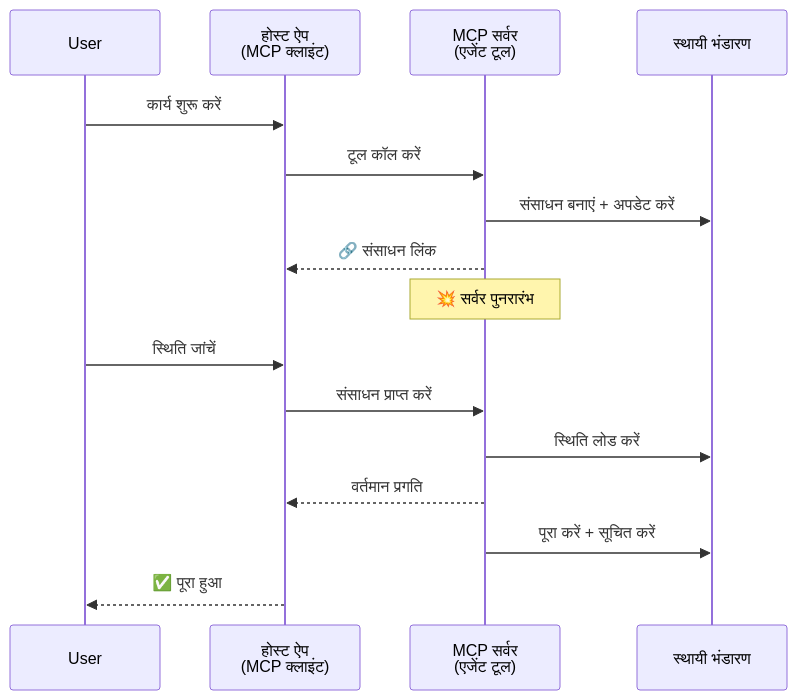
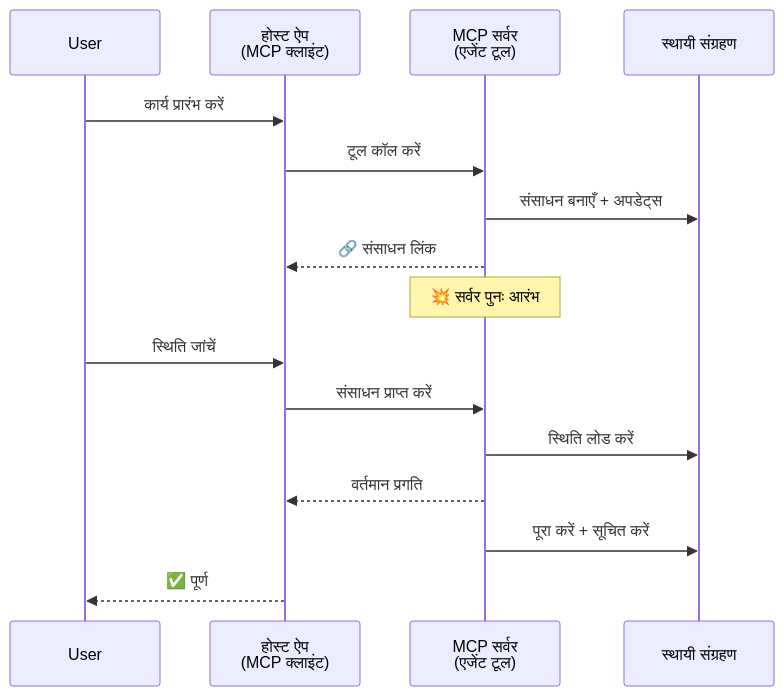
The third of 5 diagrams in mirrors/repos/microsoft@ai-agents-for-beginners/translations/hi/11-agentic-protocols/code_samples/mcp-agents/README.md (gabrielmoreira/agent-skills-mirror), drawn with Mermaid before and after one commit. The commit also changed other lines of this file and 4262 other files, not shown here.

````diff
--- a/mirrors/repos/microsoft@ai-agents-for-beginners/translations/hi/11-agentic-protocols/code_samples/mcp-agents/README.md
+++ b/mirrors/repos/microsoft@ai-agents-for-beginners/translations/hi/11-agentic-protocols/code_samples/mcp-agents/README.md
@@ -123,21 +123,21 @@
 ```mermaid
 sequenceDiagram
     participant User
     participant Host as होस्ट ऐप<br/>(MCP क्लाइंट)
     participant Server as MCP सर्वर<br/>(एजेंट टूल)
-    participant DB as स्थायी भंडारण
+    participant DB as स्थायी संग्रहण
 
-    User->>Host: कार्य शुरू करें
+    User->>Host: कार्य प्रारंभ करें
     Host->>Server: टूल कॉल करें
-    Server->>DB: संसाधन बनाएं + अपडेट करें
+    Server->>DB: संसाधन बनाएँ + अपडेट्स
     Server-->>Host: 🔗 संसाधन लिंक
 
-    Note over Server: 💥 सर्वर पुनरारंभ
+    Note over Server: 💥 सर्वर पुनः आरंभ
 
     User->>Host: स्थिति जांचें
     Host->>Server: संसाधन प्राप्त करें
     Server->>DB: स्थिति लोड करें
     Server-->>Host: वर्तमान प्रगति
     Server->>DB: पूरा करें + सूचित करें
-    Host-->>User: ✅ पूरा हुआ
+    Host-->>User: ✅ पूर्ण
 ```
````
